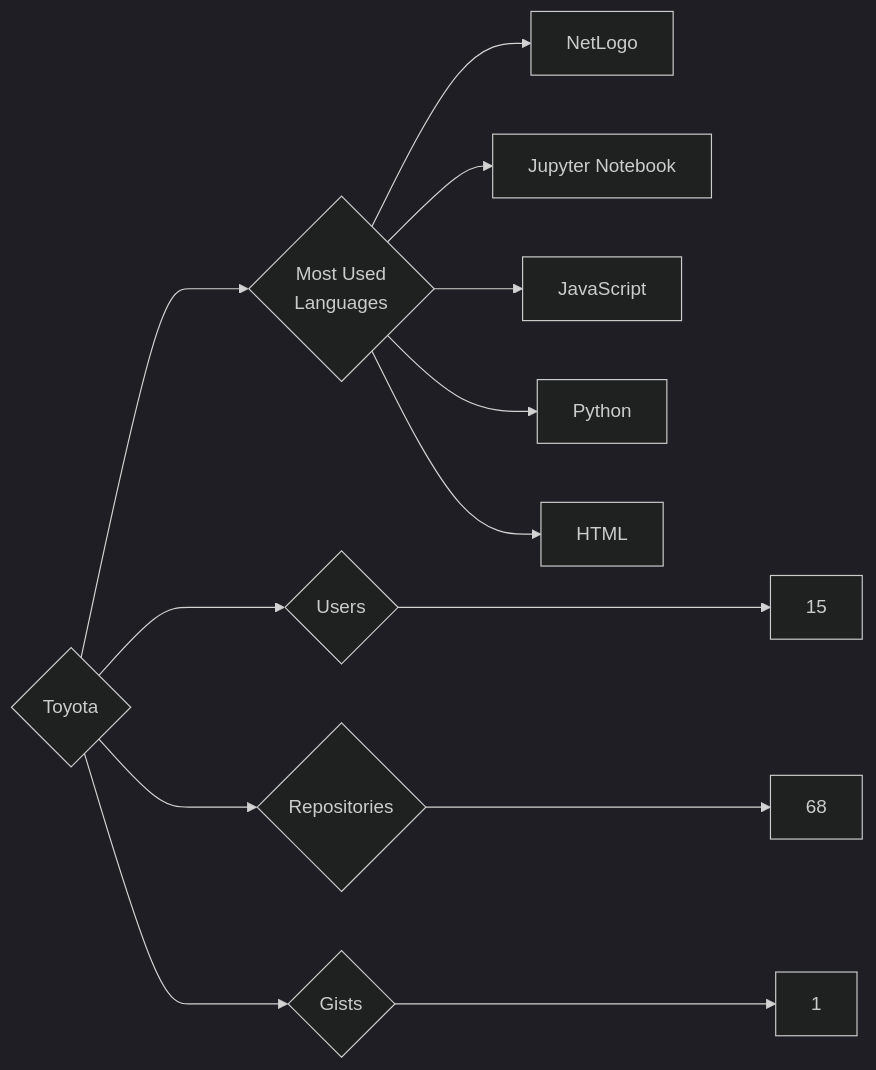
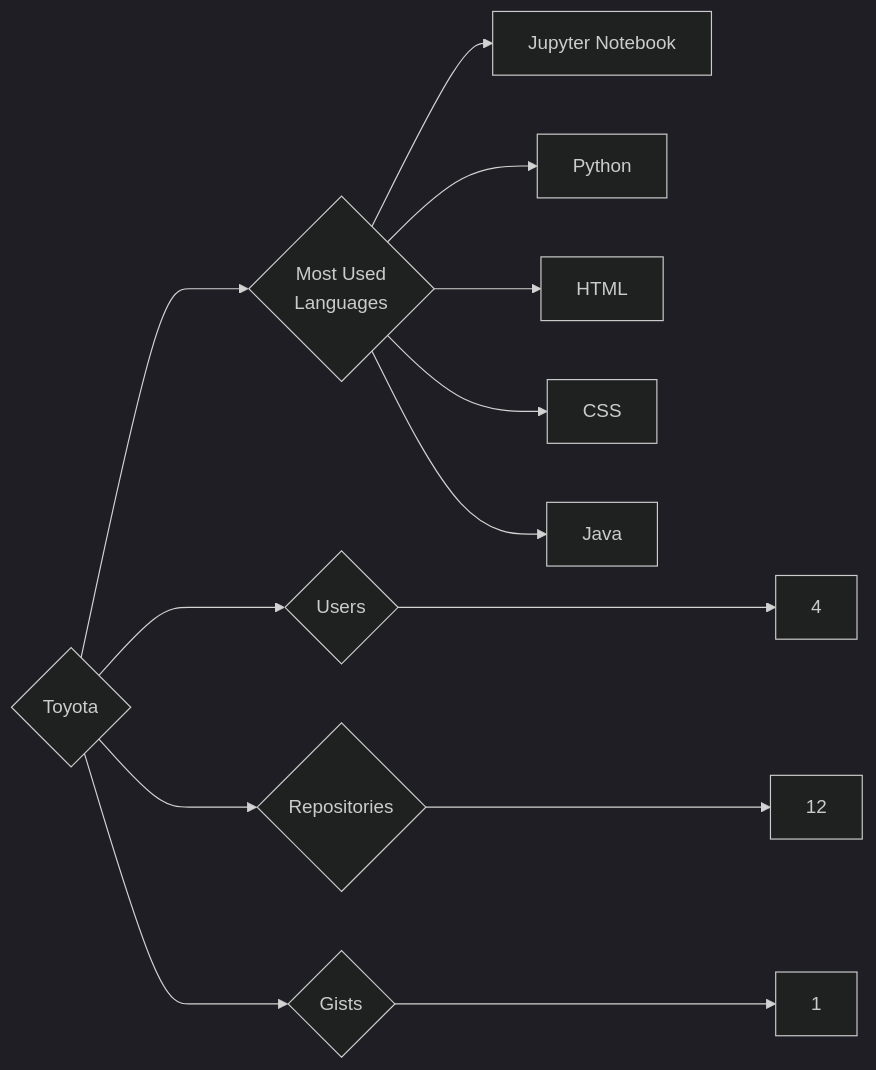
One commit to trickest/insiders changed the diagram in targets/Toyota/README.md. Above: the diagram before and after it, drawn with Mermaid (dark theme). The commit also changed 953 other files, not shown here.

````diff
--- a/targets/Toyota/README.md
+++ b/targets/Toyota/README.md
@@ -3,13 +3,13 @@
 ```mermaid
 graph LR
 COMPANY_NAME{Toyota}
-COMPANY_NAME ---> U{Users} ---> UN[15]
-COMPANY_NAME ---> R{Repositories} ---> RN[68]
+COMPANY_NAME ---> U{Users} ---> UN[4]
+COMPANY_NAME ---> R{Repositories} ---> RN[12]
 COMPANY_NAME ---> G{Gists} ---> GN[1]
 COMPANY_NAME ---> ML{Most Used<br>Languages}
-ML --> NetLogo[NetLogo]
 ML --> Jupyter_Notebook[Jupyter Notebook]
-ML --> JavaScript[JavaScript]
 ML --> Python[Python]
 ML --> HTML[HTML]
+ML --> CSS[CSS]
+ML --> Java[Java]
 ```
````
